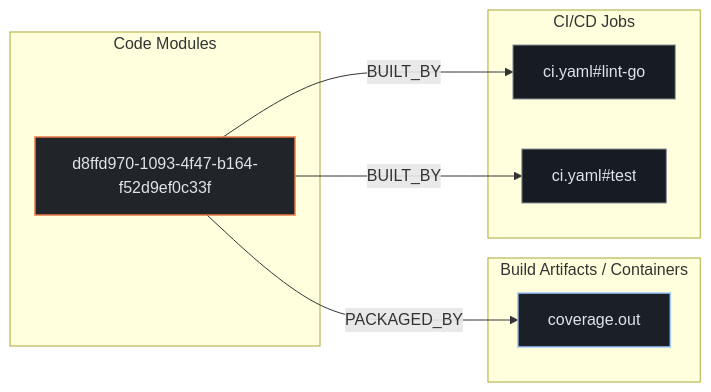
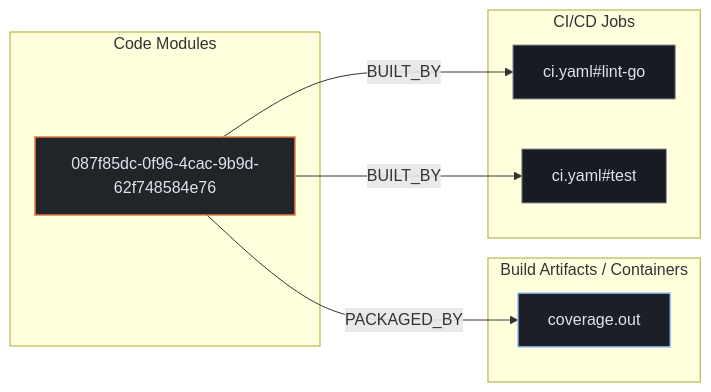
One commit to kumarshaz/atruss-code-atlas changed the second of 3 diagrams in exports/latest/reports/argoproj-notifications-engine-report.md. Above: the diagram before and after it, drawn with Mermaid. The commit also changed other lines of this file and 27 other files, not shown here.

````diff
--- a/exports/latest/reports/argoproj-notifications-engine-report.md
+++ b/exports/latest/reports/argoproj-notifications-engine-report.md
@@ -241,21 +241,21 @@
 ```mermaid
 flowchart LR
     %% title: Code-to-Cloud Deployment Traceability
     classDef atlasCategory fill:#212428,stroke:#E87A48,stroke-width:1.5px,color:#dfe3eb
     classDef atlasWorkflow fill:#1b2026,stroke:#a3c9ff,stroke-width:1.5px,color:#dfe3eb
     classDef atlasJob fill:#171c22,stroke:#8d9199,stroke-width:1px,color:#dfe3eb
     classDef atlasTarget fill:#005227,stroke:#8bd99b,stroke-width:1.5px,color:#a7f6b6
     subgraph code_modules["Code Modules"]
-        mod_d8ffd970_1093_4f47_b164_f52d9ef0c33f["d8ffd970-1093-4f47-b164-f52d9ef0c33f"]:::atlasCategory
+        mod_087f85dc_0f96_4cac_9b9d_62f748584e76["087f85dc-0f96-4cac-9b9d-62f748584e76"]:::atlasCategory
     end
     subgraph build_artifacts["Build Artifacts / Containers"]
         art_coverage_out["coverage.out"]:::atlasWorkflow
     end
     subgraph ci_jobs["CI/CD Jobs"]
         job_ci_yaml_lint_go["ci.yaml#lint-go"]:::atlasJob
         job_ci_yaml_test["ci.yaml#test"]:::atlasJob
     end
-    mod_d8ffd970_1093_4f47_b164_f52d9ef0c33f -->|BUILT_BY| job_ci_yaml_lint_go
-    mod_d8ffd970_1093_4f47_b164_f52d9ef0c33f -->|BUILT_BY| job_ci_yaml_test
-    mod_d8ffd970_1093_4f47_b164_f52d9ef0c33f -->|PACKAGED_BY| art_coverage_out
+    mod_087f85dc_0f96_4cac_9b9d_62f748584e76 -->|BUILT_BY| job_ci_yaml_lint_go
+    mod_087f85dc_0f96_4cac_9b9d_62f748584e76 -->|BUILT_BY| job_ci_yaml_test
+    mod_087f85dc_0f96_4cac_9b9d_62f748584e76 -->|PACKAGED_BY| art_coverage_out
 ```
````
